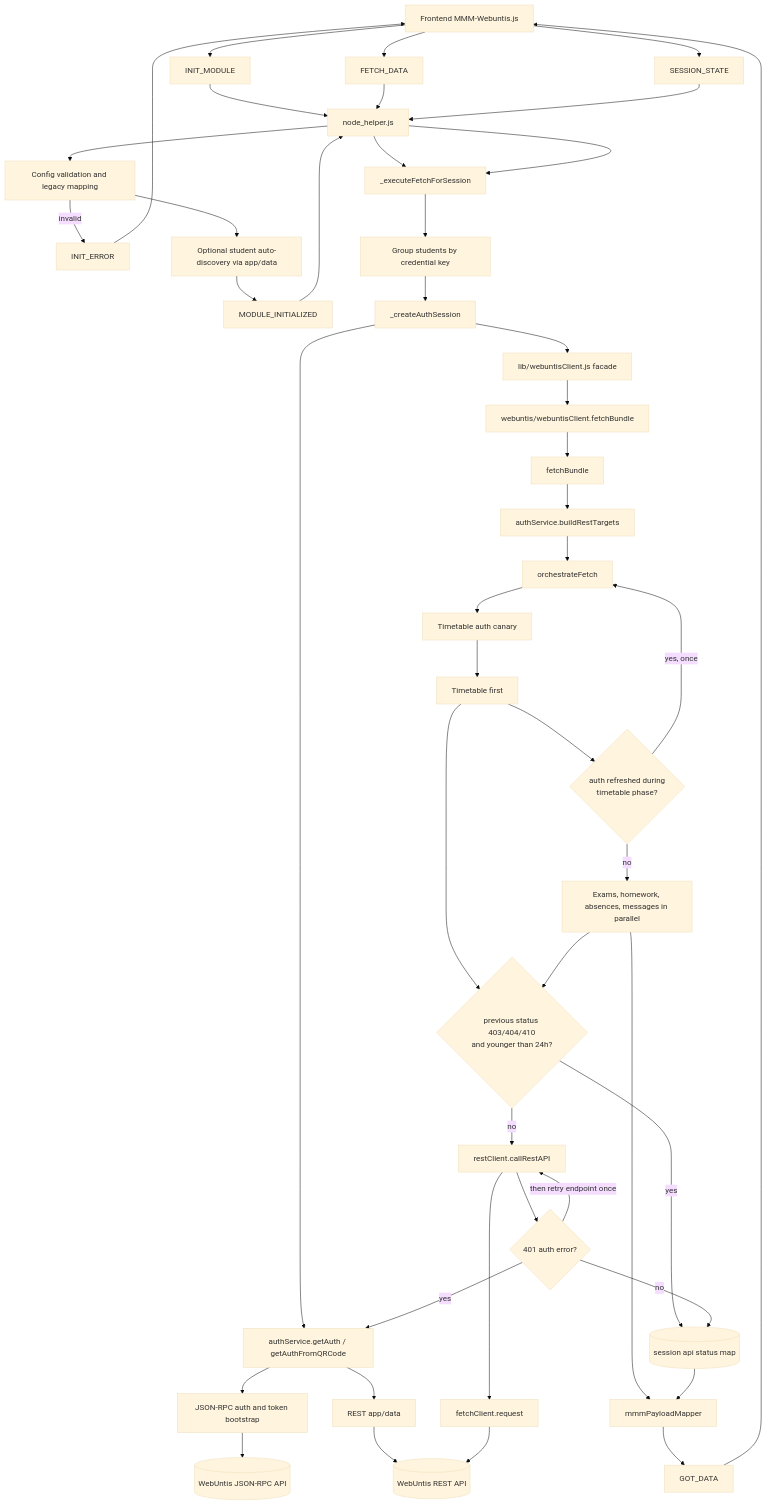
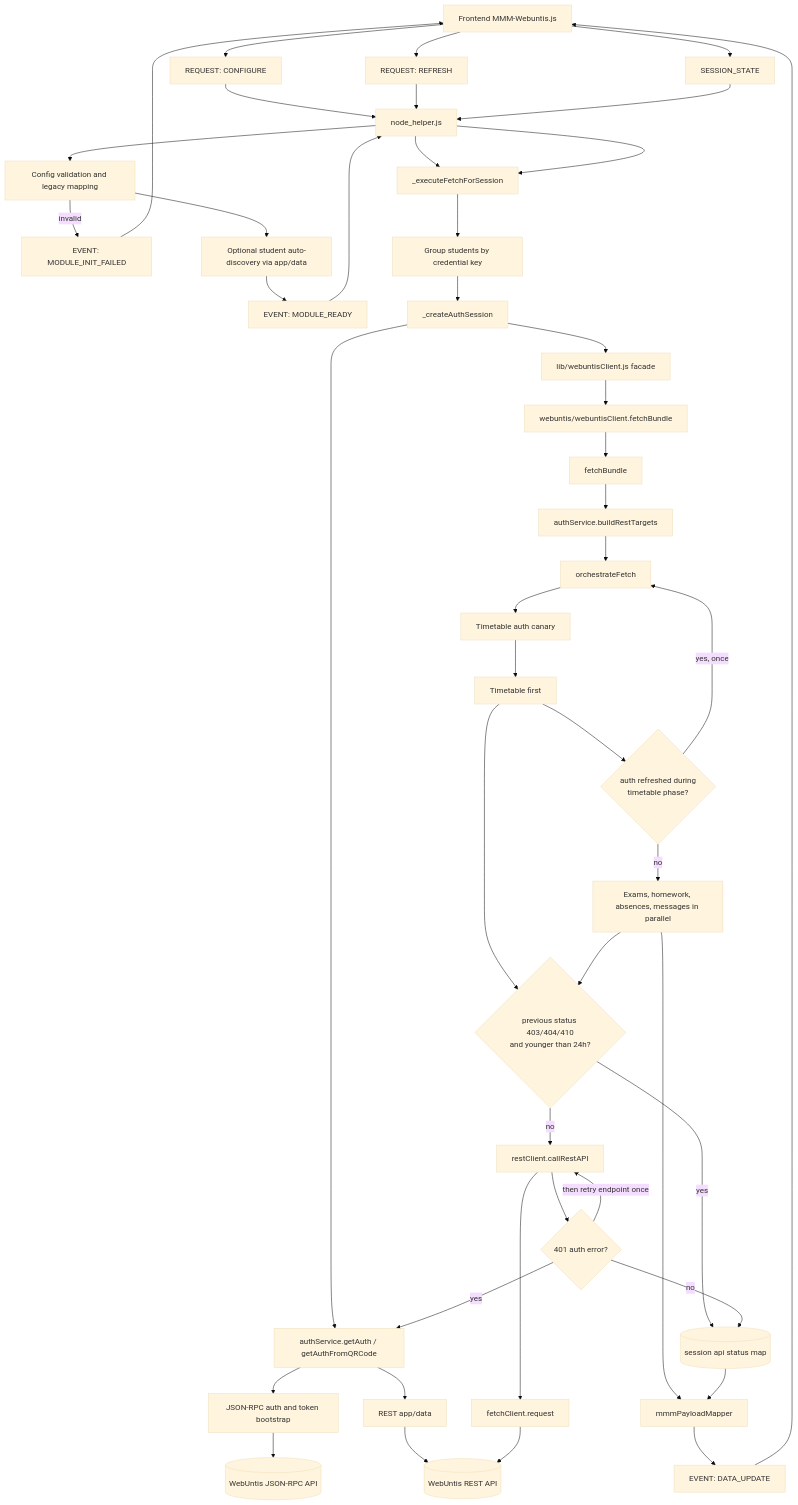
Before and after one commit to HeikoGr/MMM-Webuntis: the first of 2 diagrams in docs/SERVER_REQUEST_FLOW.md, drawn with Mermaid (base theme). The commit also changed other lines of this file and 16 other files, not shown here.

````diff
--- a/docs/SERVER_REQUEST_FLOW.md
+++ b/docs/SERVER_REQUEST_FLOW.md
@@ -32,77 +32,77 @@
 ```mermaid
 flowchart TD
     FE[Frontend MMM-Webuntis.js]
     NH[node_helper.js]
-    INIT[INIT_MODULE]
-    FETCH[FETCH_DATA]
+    INIT[REQUEST: CONFIGURE]
+    FETCH[REQUEST: REFRESH]
     STATE[SESSION_STATE]
-    MODOK[MODULE_INITIALIZED]
-    GOT[GOT_DATA]
-    INITERR[INIT_ERROR]
+    MODOK[EVENT: MODULE_READY]
+    GOT[EVENT: DATA_UPDATE]
+    INITERR[EVENT: MODULE_INIT_FAILED]
 
     CFG[Config validation and legacy mapping]
     DISCOVER[Optional student auto-discovery via app/data]
     EXEC[_executeFetchForSession]
     GROUP[Group students by credential key]
     AUTHSESSION[_createAuthSession]
 
     FACADE[lib/webuntisClient.js facade]
     CLIENT[webuntis/webuntisClient.fetchBundle]
     BUNDLE[fetchBundle]
     TARGETS[authService.buildRestTargets]
     ORCH[orchestrateFetch]
     CANARY[Timetable auth canary]
     TTABLE[Timetable first]
     PAR[Exams, homework, absences, messages in parallel]
     MAP[mmmPayloadMapper]
 
     AUTH[authService.getAuth / getAuthFromQRCode]
     JSONRPC[JSON-RPC auth and token bootstrap]
     APPDATA[REST app/data]
     RESTCALL[restClient.callRestAPI]
     FETCHC[fetchClient.request]
 
     STATUS[(session api status map)]
     SKIP{previous status 403/404/410\nand younger than 24h?}
     REFRESH{401 auth error?}
     RETRYORCH{auth refreshed during\ntimetable phase?}
 
     API[(WebUntis REST API)]
     RPC[(WebUntis JSON-RPC API)]
 
     FE --> INIT --> NH --> CFG
     CFG --> DISCOVER
     DISCOVER --> MODOK
     MODOK --> NH
     NH --> EXEC
 
     FE --> FETCH --> NH --> EXEC
     FE --> STATE --> NH
 
     EXEC --> GROUP --> AUTHSESSION --> FACADE
     FACADE --> CLIENT
     CLIENT --> BUNDLE --> TARGETS --> ORCH
 
     ORCH --> CANARY
     CANARY --> TTABLE
     TTABLE --> RETRYORCH
     RETRYORCH -- yes, once --> ORCH
     RETRYORCH -- no --> PAR
     PAR --> MAP --> GOT --> FE
 
     AUTHSESSION --> AUTH
     AUTH --> JSONRPC --> RPC
     AUTH --> APPDATA --> API
 
     TTABLE --> SKIP
     PAR --> SKIP
     SKIP -- yes --> STATUS
     SKIP -- no --> RESTCALL --> FETCHC --> API
     RESTCALL --> REFRESH
     REFRESH -- yes --> AUTH
     REFRESH -- then retry endpoint once --> RESTCALL
     REFRESH -- no --> STATUS
     STATUS --> MAP
 
     CFG -- invalid --> INITERR --> FE
 ```
````
